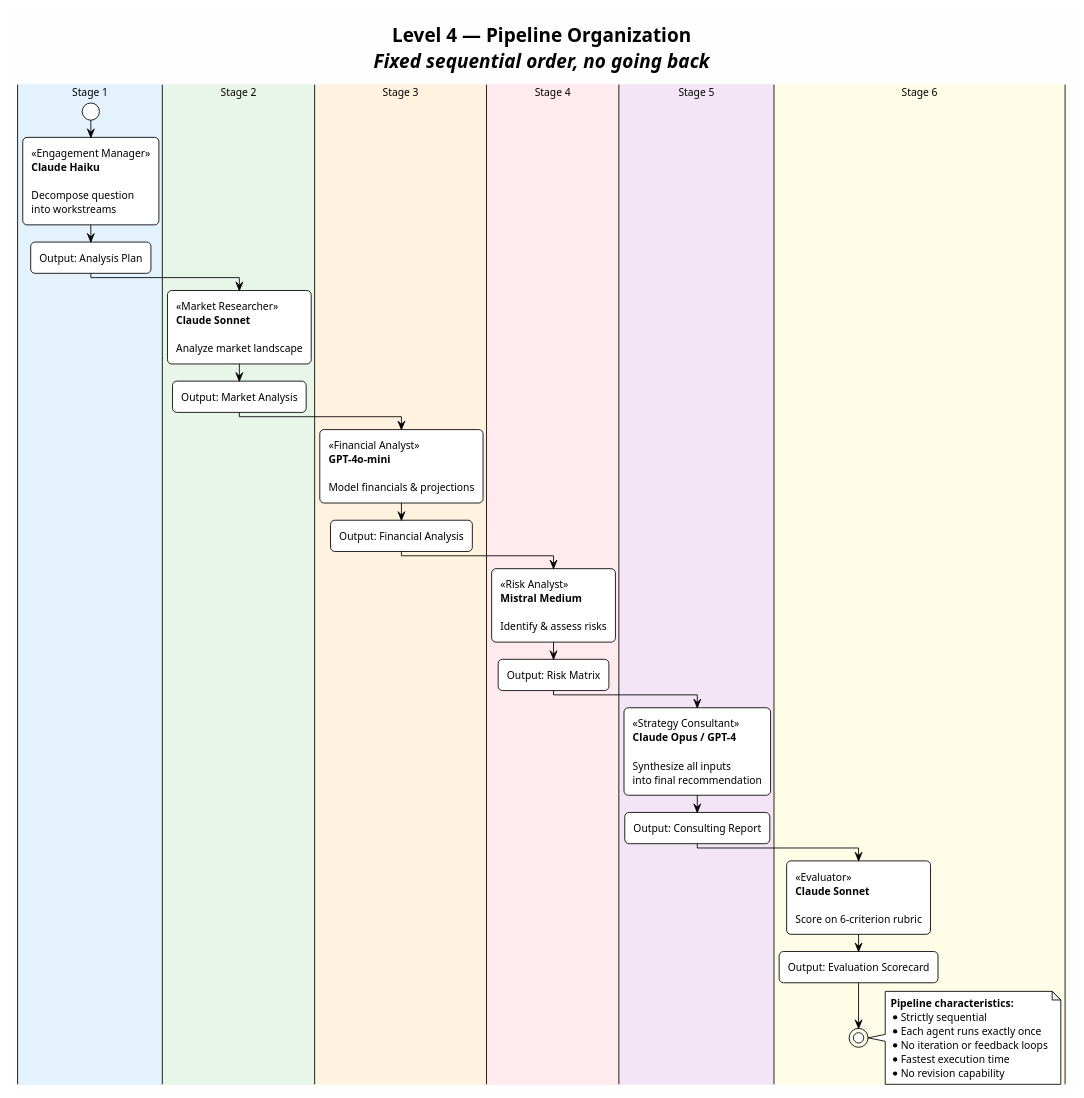
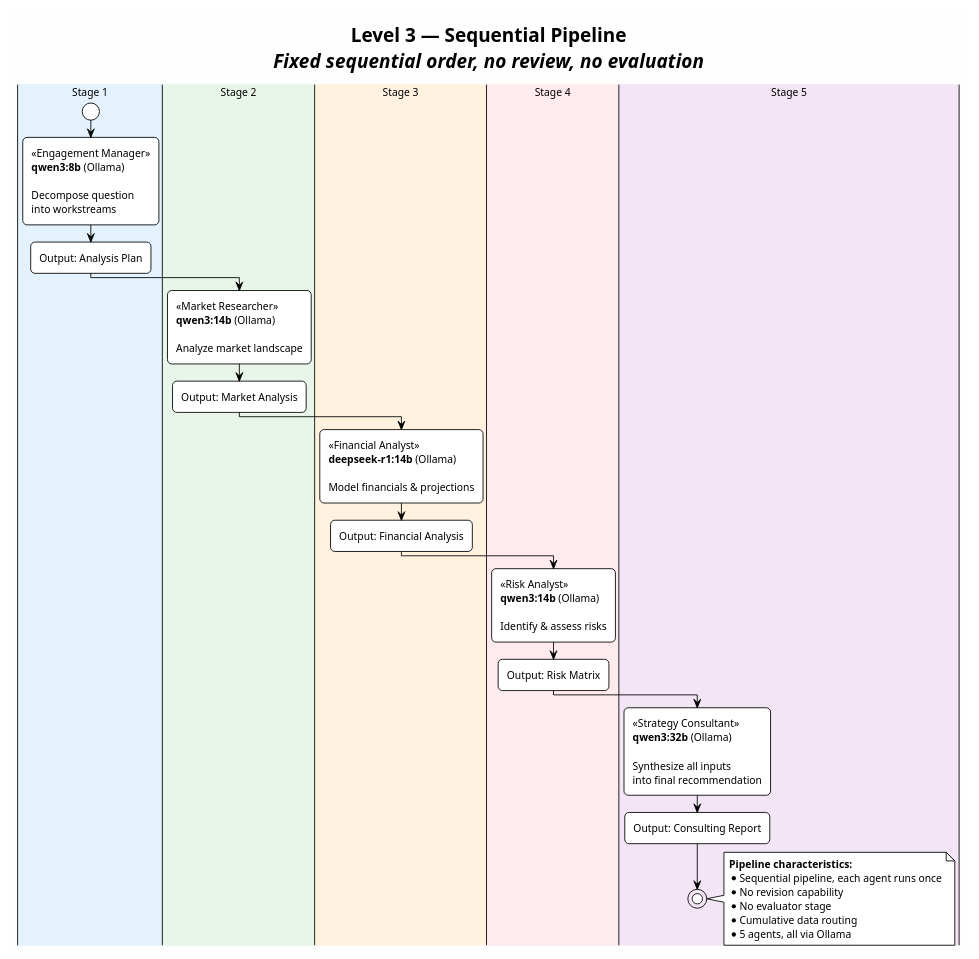
One commit to GeorgePetre11/Design-Implementation-and-Monitoring-of-Heterogenous-Agent-Organizations changed the diagram in Diagrams/requirements/06_level4_pipeline.puml. Above: the diagram before and after it, drawn with PlantUML. The commit also changed 36 other files, not shown here.

```diff
--- a/Diagrams/requirements/06_level4_pipeline.puml
+++ b/Diagrams/requirements/06_level4_pipeline.puml
@@ -1,46 +1,42 @@
-@startuml level4_pipeline
+@startuml level3_pipeline
 !theme plain
 skinparam backgroundColor #FEFEFE
 skinparam defaultFontName "Segoe UI"
 skinparam defaultFontSize 12
 skinparam shadowing false
 skinparam roundCorner 10
 
-title **Level 4 — Pipeline Organization**\n//Fixed sequential order, no going back//
+title **Level 3 — Sequential Pipeline**\n//Fixed sequential order, no review, no evaluation//
 
 |#E3F2FD|Stage 1|
 start
-:<<Engagement Manager>>\n**Claude Haiku**\n\nDecompose question\ninto workstreams;
+:<<Engagement Manager>>\n**qwen3:8b** (Ollama)\n\nDecompose question\ninto workstreams;
 :Output: Analysis Plan;
 
 |#E8F5E9|Stage 2|
-:<<Market Researcher>>\n**Claude Sonnet**\n\nAnalyze market landscape;
+:<<Market Researcher>>\n**qwen3:14b** (Ollama)\n\nAnalyze market landscape;
 :Output: Market Analysis;
 
 |#FFF3E0|Stage 3|
-:<<Financial Analyst>>\n**GPT-4o-mini**\n\nModel financials & projections;
+:<<Financial Analyst>>\n**deepseek-r1:14b** (Ollama)\n\nModel financials & projections;
 :Output: Financial Analysis;
 
 |#FFEBEE|Stage 4|
-:<<Risk Analyst>>\n**Mistral Medium**\n\nIdentify & assess risks;
+:<<Risk Analyst>>\n**qwen3:14b** (Ollama)\n\nIdentify & assess risks;
 :Output: Risk Matrix;
 
 |#F3E5F5|Stage 5|
-:<<Strategy Consultant>>\n**Claude Opus / GPT-4**\n\nSynthesize all inputs\ninto final recommendation;
+:<<Strategy Consultant>>\n**qwen3:32b** (Ollama)\n\nSynthesize all inputs\ninto final recommendation;
 :Output: Consulting Report;
-
-|#FFFDE7|Stage 6|
-:<<Evaluator>>\n**Claude Sonnet**\n\nScore on 6-criterion rubric;
-:Output: Evaluation Scorecard;
 stop
 
 note right
   **Pipeline characteristics:**
-  * Strictly sequential
-  * Each agent runs exactly once
-  * No iteration or feedback loops
-  * Fastest execution time
+  * Sequential pipeline, each agent runs once
   * No revision capability
+  * No evaluator stage
+  * Cumulative data routing
+  * 5 agents, all via Ollama
 end note
 
 @enduml
```
